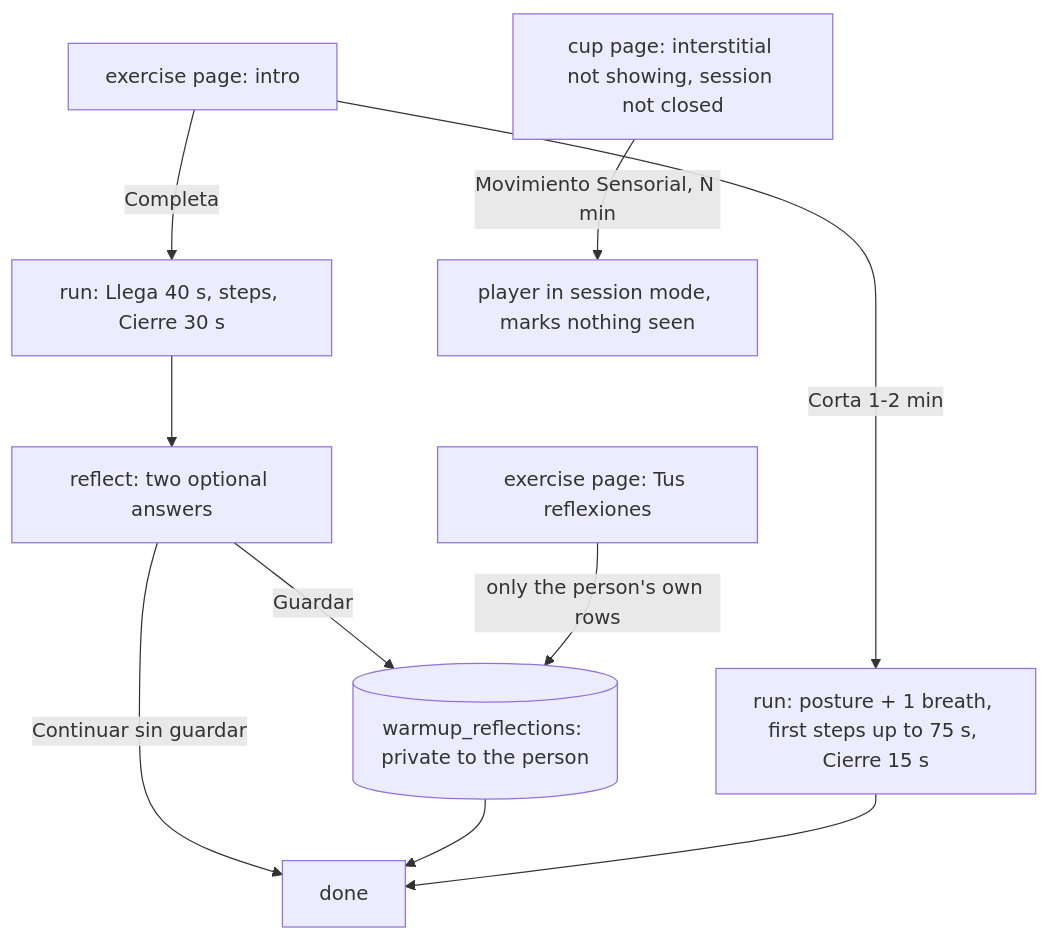
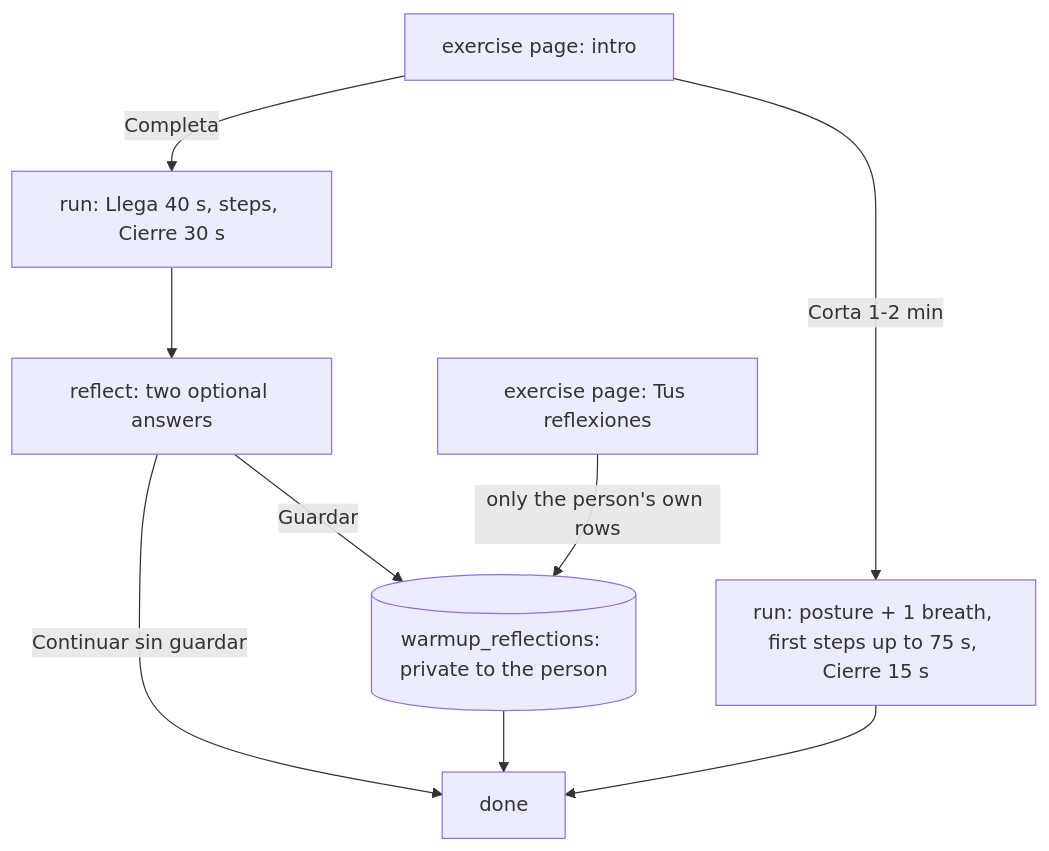
The fifth of 22 diagrams in docs/flows.md (ricardovelezd27/cata-cafe), drawn with Mermaid before and after one commit. The commit also changed other lines of this file and 11 other files, not shown here.

````diff
--- a/docs/flows.md
+++ b/docs/flows.md
@@ -518,12 +518,11 @@
 ```mermaid
 flowchart TD
   L["exercise page: intro"] -->|"Completa"| RUN["run: Llega 40 s, steps, Cierre 30 s"]
   L -->|"Corta 1-2 min"| SHORT["run: posture + 1 breath, first steps up to 75 s, Cierre 15 s"]
   RUN --> REF["reflect: two optional answers"]
   REF -->|"Guardar"| SAVE[("warmup_reflections: private to the person")]
   REF -->|"Continuar sin guardar"| DONE["done"]
   SAVE --> DONE
   SHORT --> DONE
   PAGE["exercise page: Tus reflexiones"] -->|"only the person's own rows"| SAVE
-  CUP["cup page: interstitial not showing, session not closed"] -->|"Movimiento Sensorial, N min"| SESS["player in session mode, marks nothing seen"]
 ```
````
